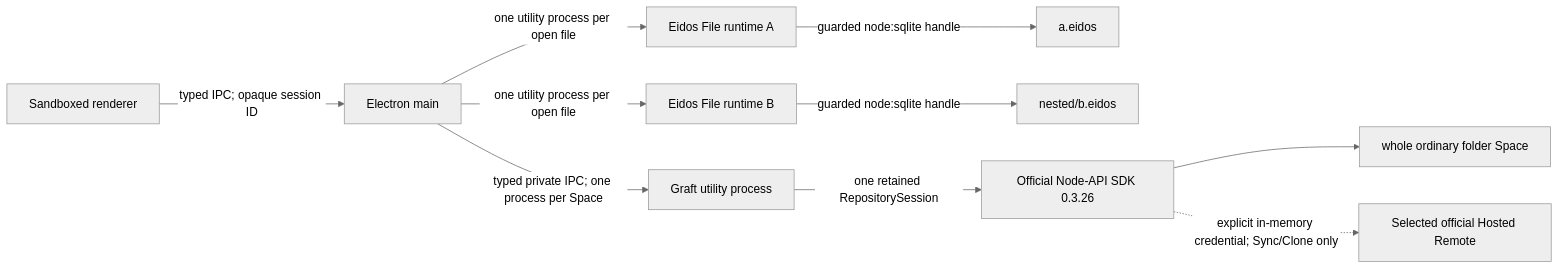
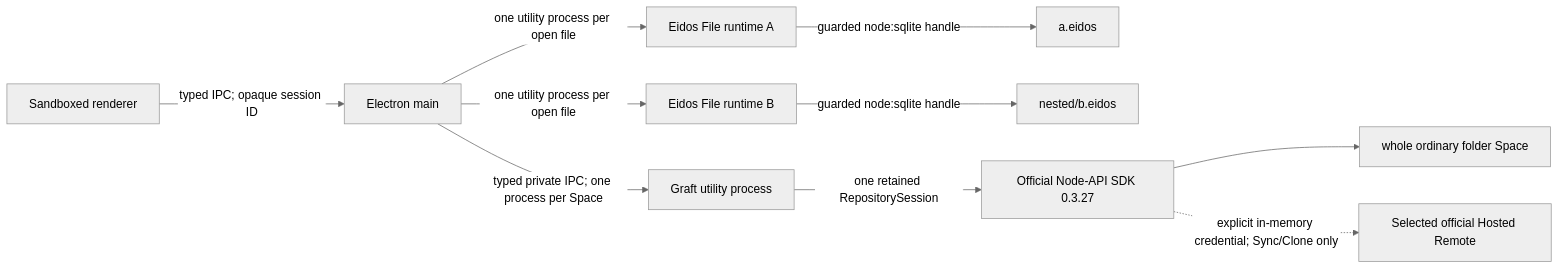
The first of 3 diagrams in apps/eidos-lite-desktop/docs/ARCHITECTURE.md (mayneyao/eidos), drawn with Mermaid (neutral theme) before and after one commit. The commit also changed other lines of this file and 9 other files, not shown here.

````diff
--- a/apps/eidos-lite-desktop/docs/ARCHITECTURE.md
+++ b/apps/eidos-lite-desktop/docs/ARCHITECTURE.md
@@ -58,12 +58,12 @@
 ```mermaid
 flowchart LR
   R["Sandboxed renderer"] -->|"typed IPC; opaque session ID"| M["Electron main"]
   M -->|"one utility process per open file"| F1["Eidos File runtime A"]
   M -->|"one utility process per open file"| F2["Eidos File runtime B"]
   F1 -->|"guarded node:sqlite handle"| E1["a.eidos"]
   F2 -->|"guarded node:sqlite handle"| E2["nested/b.eidos"]
   M -->|"typed private IPC; one process per Space"| G["Graft utility process"]
-  G -->|"one retained RepositorySession"| N["Official Node-API SDK 0.3.26"]
+  G -->|"one retained RepositorySession"| N["Official Node-API SDK 0.3.27"]
   N --> S["whole ordinary folder Space"]
   N -. "explicit in-memory credential; Sync/Clone only" .-> H["Selected official Hosted Remote"]
 ```
````
